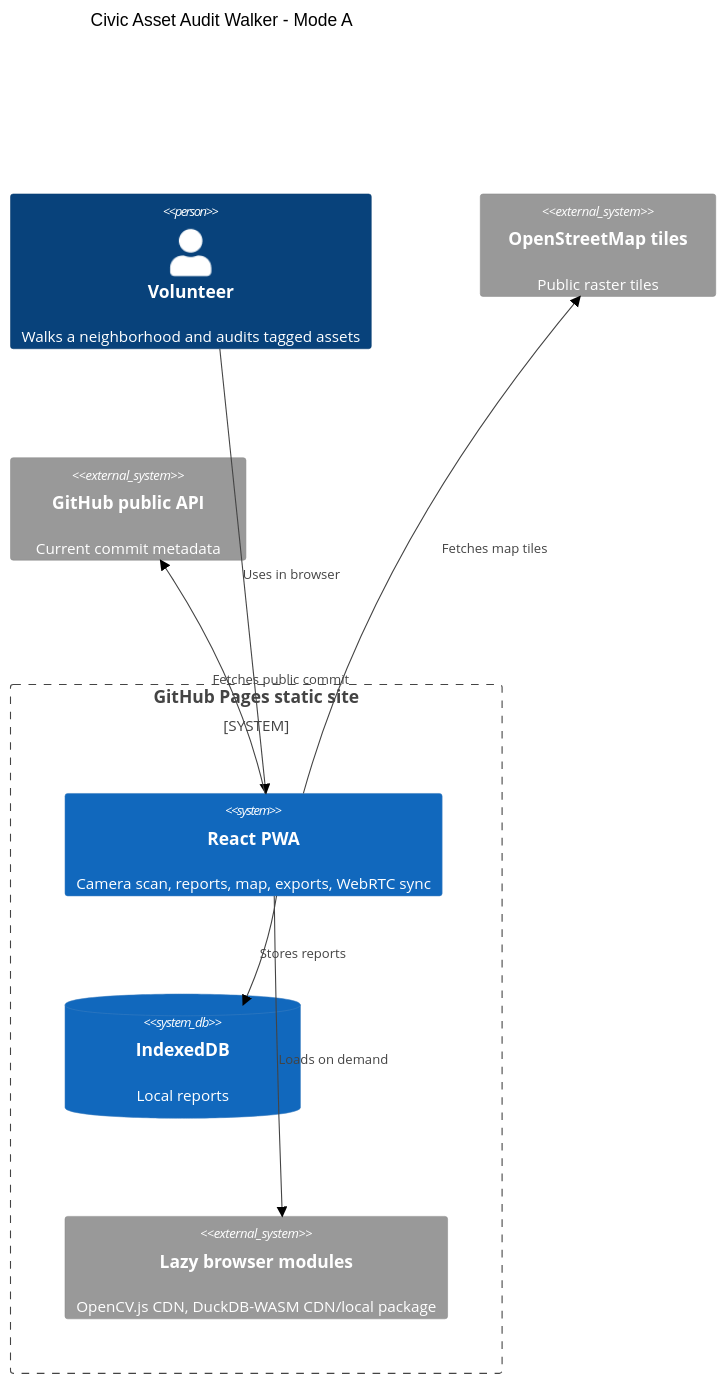
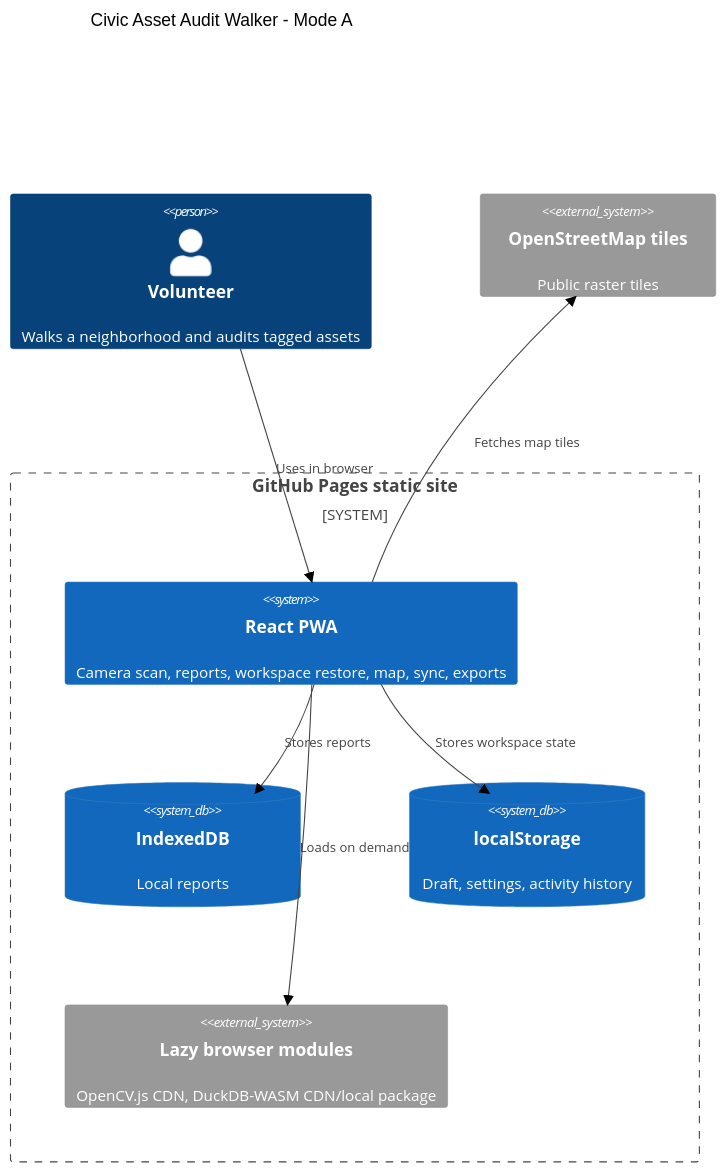
One commit to baditaflorin/civic-asset-audit-walker changed the diagram in README.md. Above: the diagram before and after it, drawn with Mermaid (neutral theme). The commit also changed other lines of this file and 13 other files, not shown here.

````diff
--- a/README.md
+++ b/README.md
@@ -39,17 +40,17 @@
 ```mermaid
 C4Context
   title Civic Asset Audit Walker - Mode A
   Person(volunteer, "Volunteer", "Walks a neighborhood and audits tagged assets")
   System_Boundary(pages, "GitHub Pages static site") {
-    System(app, "React PWA", "Camera scan, reports, map, exports, WebRTC sync")
+    System(app, "React PWA", "Camera scan, reports, workspace restore, map, sync, exports")
     SystemDb(indexeddb, "IndexedDB", "Local reports")
+    SystemDb(localstate, "localStorage", "Draft, settings, activity history")
     System_Ext(wasm, "Lazy browser modules", "OpenCV.js CDN, DuckDB-WASM CDN/local package")
   }
   System_Ext(osm, "OpenStreetMap tiles", "Public raster tiles")
-  System_Ext(github, "GitHub public API", "Current commit metadata")
   Rel(volunteer, app, "Uses in browser")
   Rel(app, indexeddb, "Stores reports")
+  Rel(app, localstate, "Stores workspace state")
   Rel(app, wasm, "Loads on demand")
   Rel(app, osm, "Fetches map tiles")
-  Rel(app, github, "Fetches public commit")
 ```
````
